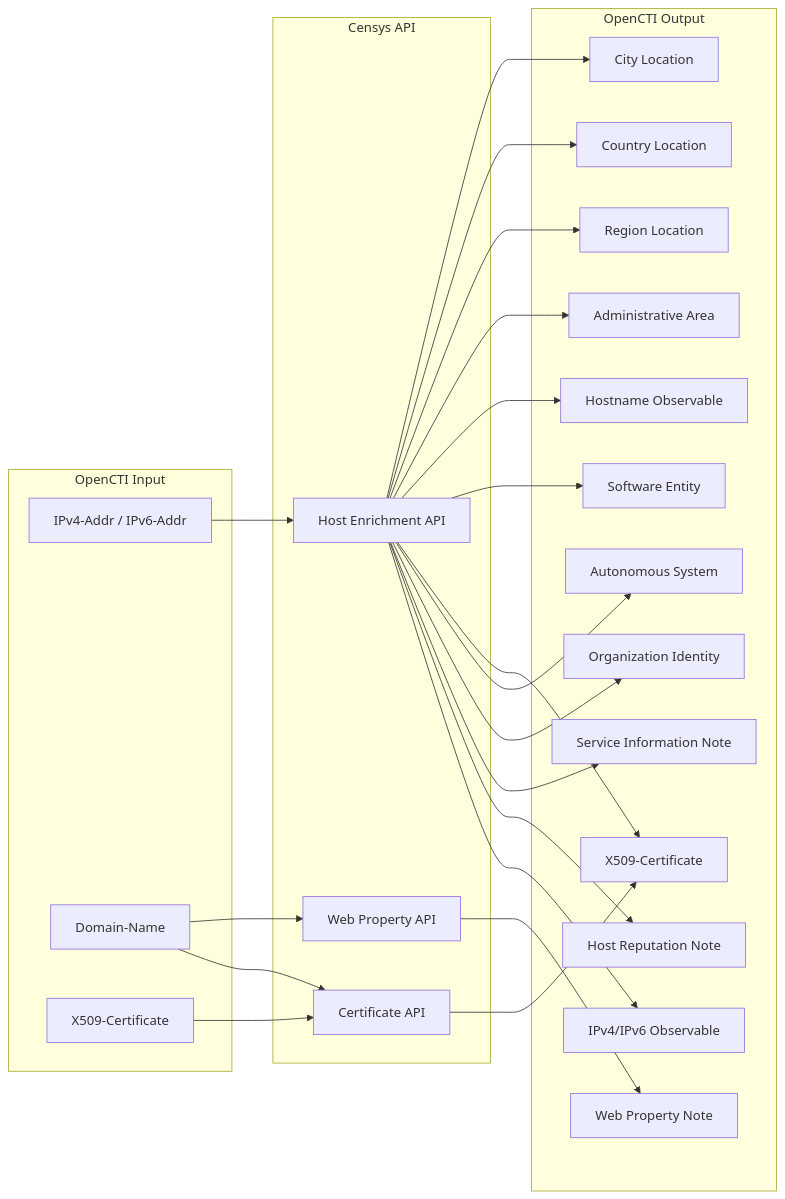
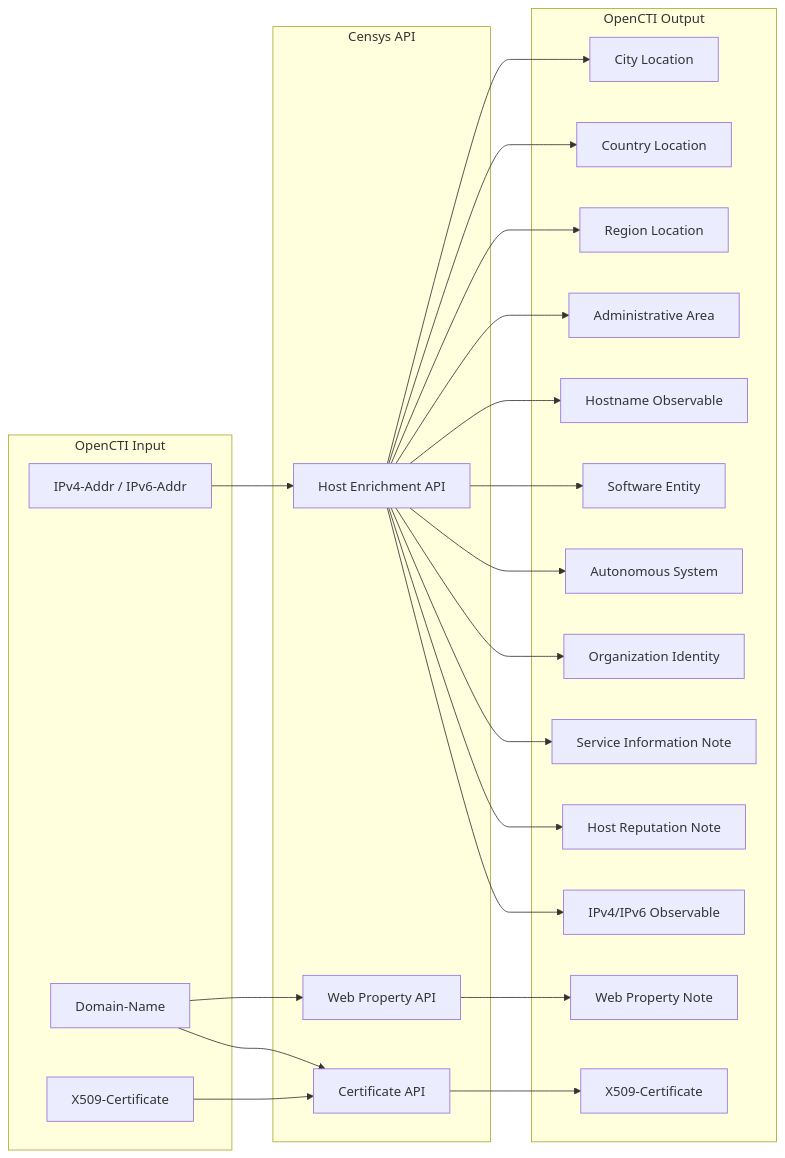
Before and after one commit to OpenCTI-Platform/connectors: the diagram in internal-enrichment/censys-enrichmentapis/README.md, drawn with Mermaid. The commit also changed other lines of this file and 13 other files, not shown here.

````diff
--- a/internal-enrichment/censys-enrichmentapis/README.md
+++ b/internal-enrichment/censys-enrichmentapis/README.md
@@ -174,49 +174,48 @@
 ```mermaid
 graph LR
     subgraph OpenCTI Input
         IP[IPv4-Addr / IPv6-Addr]
         Domain[Domain-Name]
         Cert[X509-Certificate]
     end
 
     subgraph Censys API
         hostEnrichmentAPI[Host Enrichment API]
         WebPropertyAPI[Web Property API]
         CertAPI[Certificate API]
     end
 
     subgraph OpenCTI Output
         City[City Location]
         Country[Country Location]
         Region[Region Location]
         AdminArea[Administrative Area]
         Hostname[Hostname Observable]
         Software[Software Entity]
         Certificate[X509-Certificate]
         AS[Autonomous System]
         Org[Organization Identity]
         ServiceNote[Service Information Note]
         ReputationNote[Host Reputation Note]
         WebPropertyNote[Web Property Note]
         IPOut[IPv4/IPv6 Observable]
     end
 
     IP --> hostEnrichmentAPI
     Domain --> WebPropertyAPI
     Domain --> CertAPI
     Cert --> CertAPI
     hostEnrichmentAPI --> City
     hostEnrichmentAPI --> Country
     hostEnrichmentAPI --> Region
     hostEnrichmentAPI --> AdminArea
     hostEnrichmentAPI --> Hostname
     hostEnrichmentAPI --> Software
-    hostEnrichmentAPI --> Certificate
     hostEnrichmentAPI --> AS
     hostEnrichmentAPI --> Org
     hostEnrichmentAPI --> ServiceNote
     hostEnrichmentAPI --> ReputationNote
     hostEnrichmentAPI --> IPOut
     WebPropertyAPI --> WebPropertyNote
     CertAPI --> Certificate
 ```
````
